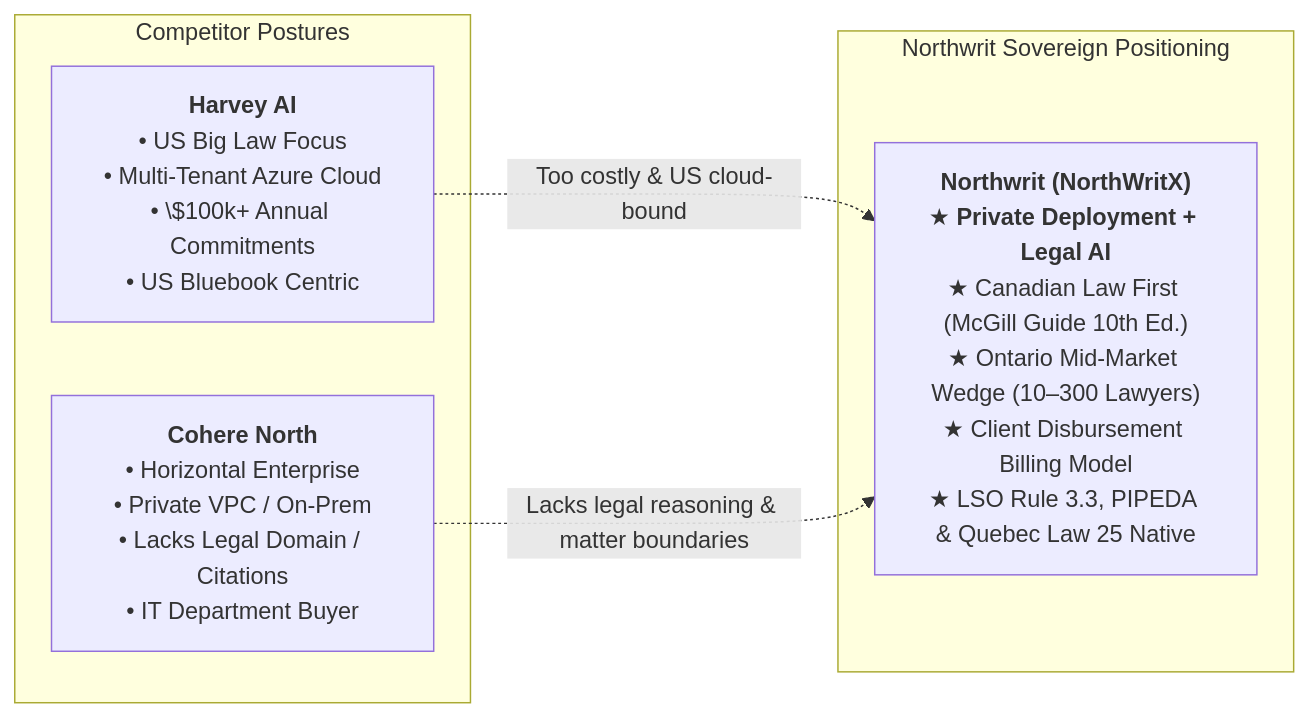
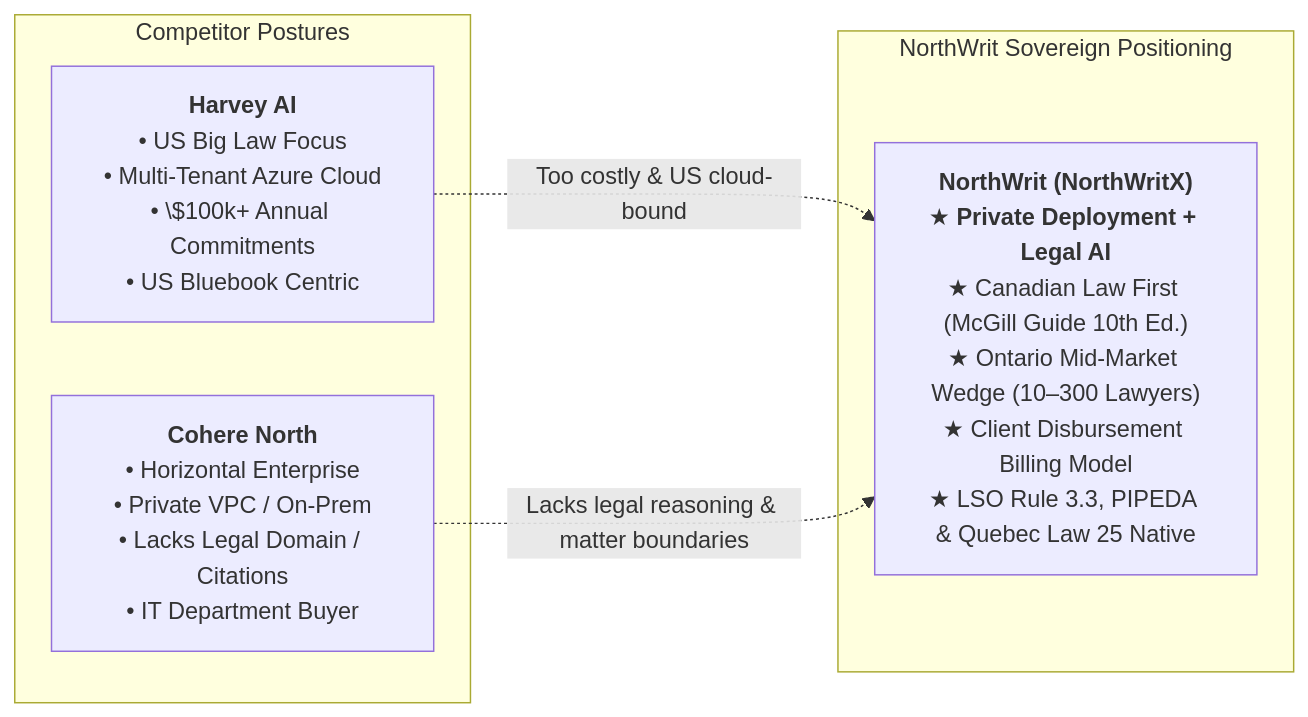
One commit to VenkataAnilKumar/NorthWritX changed the diagram in docs/03-market/Northwrit_Marketing-and-GTM-Strategy.md. Above: the diagram before and after it, drawn with Mermaid. The commit also changed other lines of this file and 47 other files, not shown here.

Commit message:
docs: document NorthWrit capabilities architecture and operations

````diff
--- a/docs/03-market/Northwrit_Marketing-and-GTM-Strategy.md
+++ b/docs/03-market/Northwrit_Marketing-and-GTM-Strategy.md
@@ -12,14 +12,14 @@
 ```mermaid
 flowchart LR
     subgraph Competitors["Competitor Postures"]
         H["<b>Harvey AI</b><br>• US Big Law Focus<br>• Multi-Tenant Azure Cloud<br>• \$100k+ Annual Commitments<br>• US Bluebook Centric"]
         CN["<b>Cohere North</b><br>• Horizontal Enterprise<br>• Private VPC / On-Prem<br>• Lacks Legal Domain / Citations<br>• IT Department Buyer"]
     end
 
-    subgraph Northwrit["Northwrit Sovereign Positioning"]
-        NW["<b>Northwrit (NorthWritX)</b><br>★ <b>Private Deployment + Legal AI</b><br>★ Canadian Law First (McGill Guide 10th Ed.)<br>★ Ontario Mid-Market Wedge (10–300 Lawyers)<br>★ Client Disbursement Billing Model<br>★ LSO Rule 3.3, PIPEDA & Quebec Law 25 Native"]
+    subgraph NorthWrit["NorthWrit Sovereign Positioning"]
+        NW["<b>NorthWrit (NorthWritX)</b><br>★ <b>Private Deployment + Legal AI</b><br>★ Canadian Law First (McGill Guide 10th Ed.)<br>★ Ontario Mid-Market Wedge (10–300 Lawyers)<br>★ Client Disbursement Billing Model<br>★ LSO Rule 3.3, PIPEDA & Quebec Law 25 Native"]
     end
 
     H -.->|Too costly & US cloud-bound| NW
     CN -.->|Lacks legal reasoning & matter boundaries| NW
 ```
````
